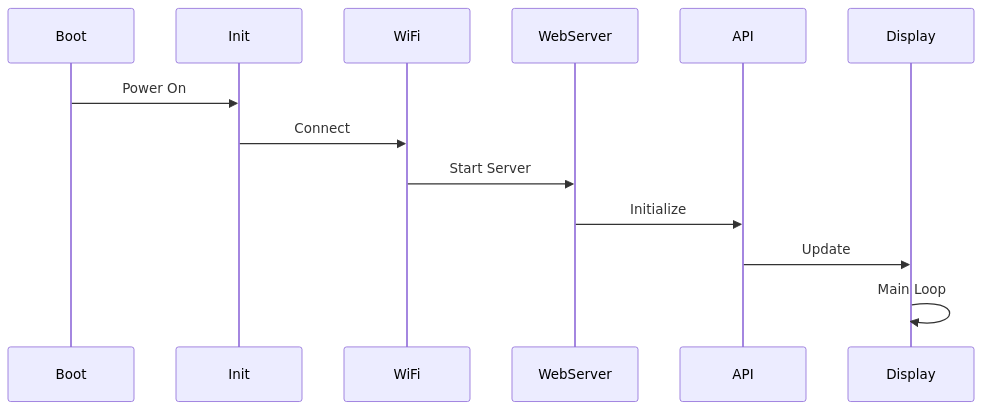
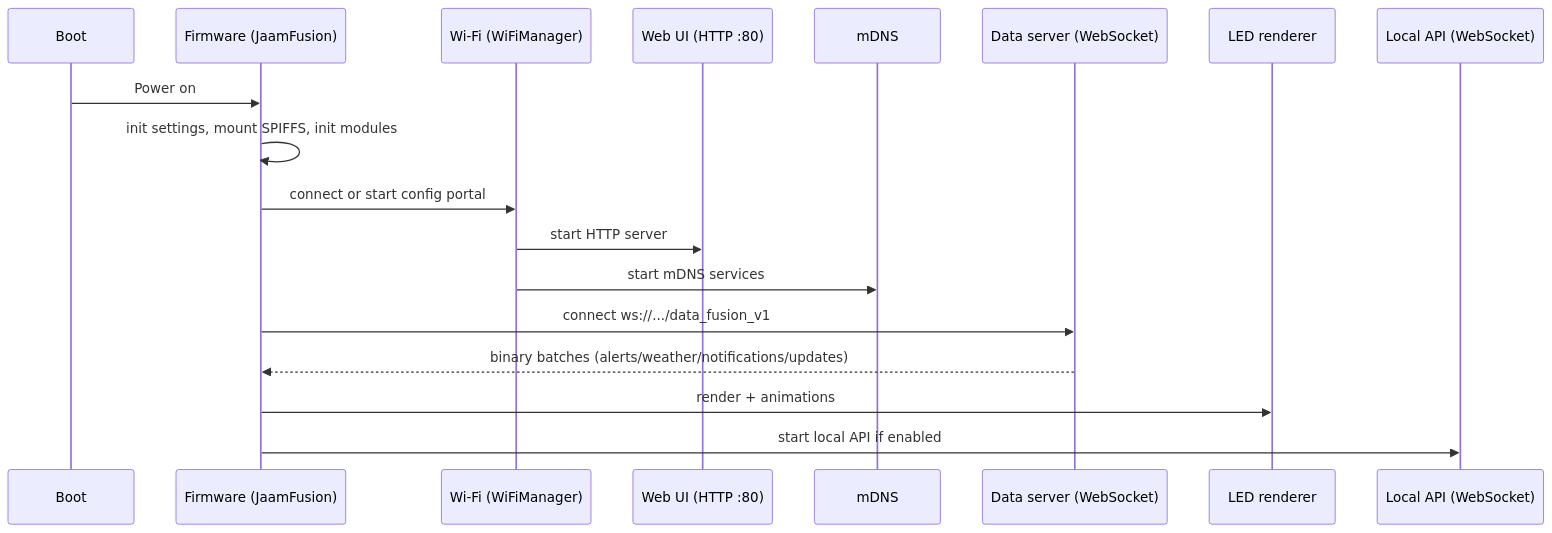
Before and after one commit to J-A-A-M/jaam_fusion: the third of 3 diagrams in wiki/development/architecture.md, drawn with Mermaid. The commit also changed other lines of this file and 33 other files, not shown here.

````diff
--- a/wiki/development/architecture.md
+++ b/wiki/development/architecture.md
@@ -119,16 +239,21 @@
 ```mermaid
 sequenceDiagram
-    participant Boot
-    participant Init
-    participant WiFi
-    participant WebServer
-    participant API
-    participant Display
-    
-    Boot->>Init: Power On
-    Init->>WiFi: Connect
-    WiFi->>WebServer: Start Server
-    WebServer->>API: Initialize
-    API->>Display: Update
-    Display->>Display: Main Loop
+        participant Boot as Boot
+        participant FW as Firmware (JaamFusion)
+        participant WiFi as Wi-Fi (WiFiManager)
+        participant Web as Web UI (HTTP :80)
+        participant MDNS as mDNS
+        participant DS as Data server (WebSocket)
+        participant LED as LED renderer
+        participant API as Local API (WebSocket)
+
+        Boot->>FW: Power on
+        FW->>FW: init settings, mount SPIFFS, init modules
+        FW->>WiFi: connect or start config portal
+        WiFi->>Web: start HTTP server
+        WiFi->>MDNS: start mDNS services
+        FW->>DS: connect ws://.../data_fusion_v1
+        DS-->>FW: binary batches (alerts/weather/notifications/updates)
+        FW->>LED: render + animations
+        FW->>API: start local API if enabled
 ```
````
